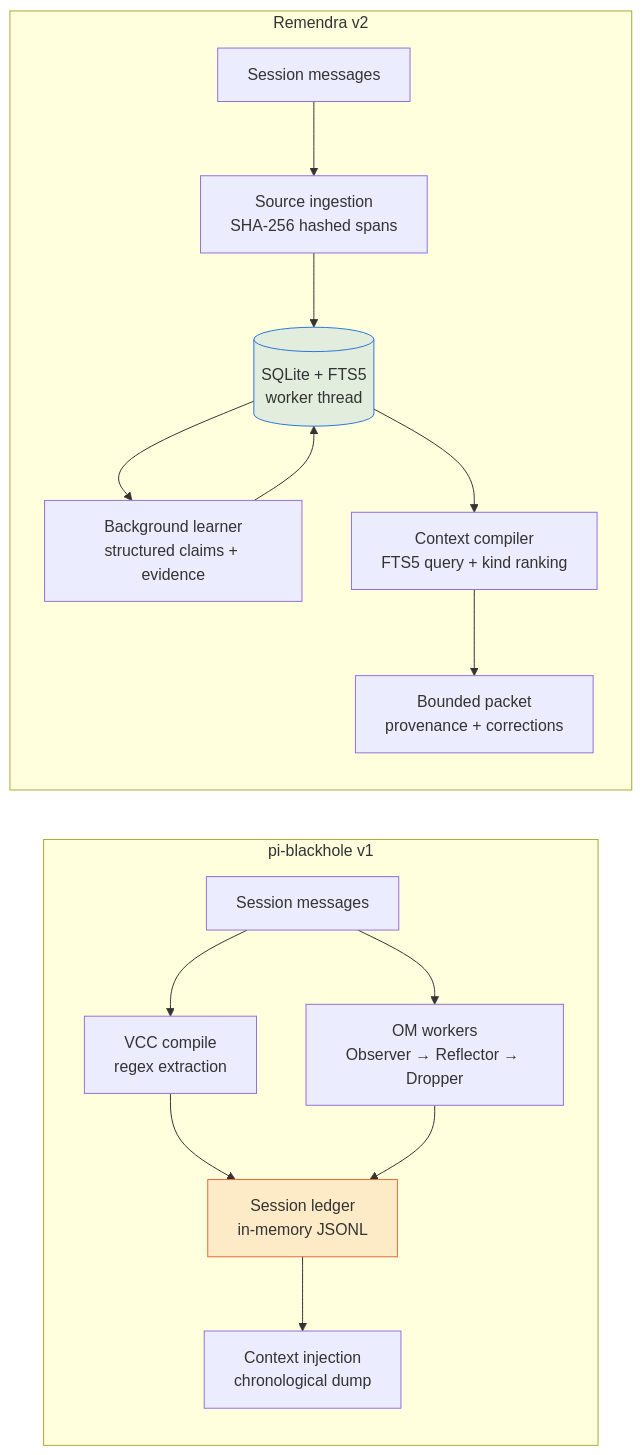
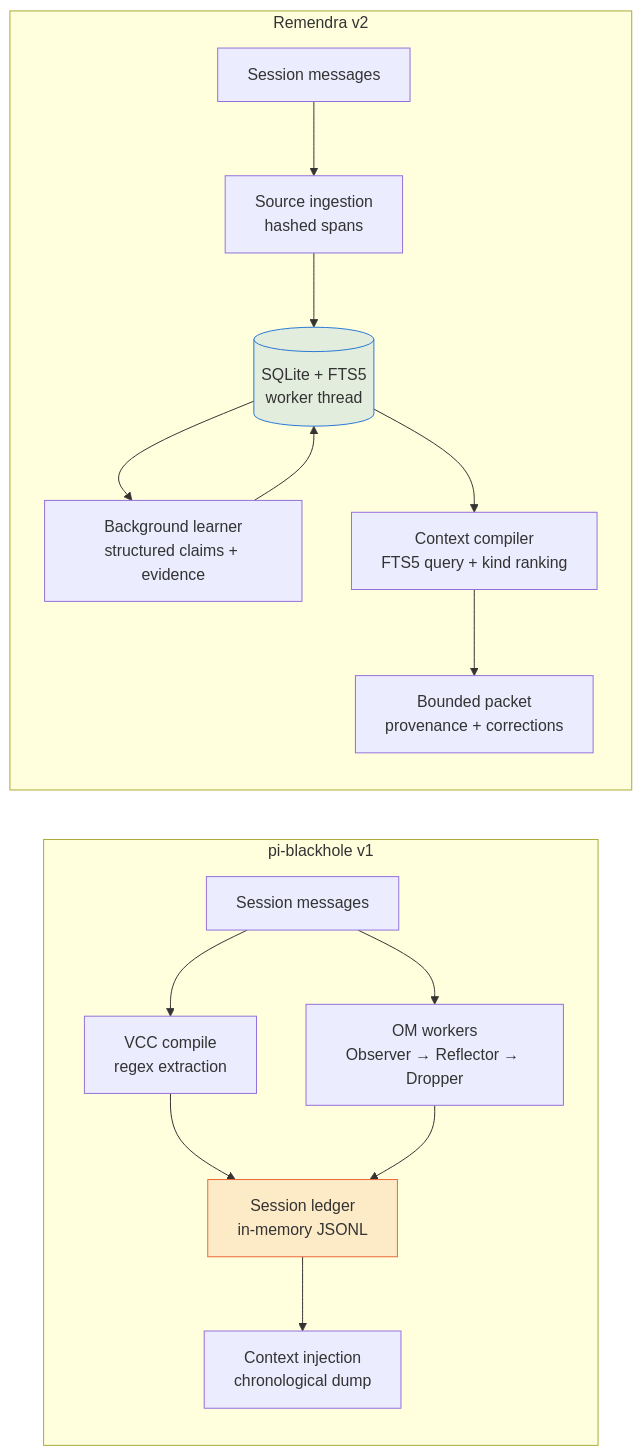
One commit to yoda-digital/pi-remendra changed the first of 2 diagrams in README.md. Above: the diagram before and after it, drawn with Mermaid. The commit also changed other lines of this file, not shown here.

````diff
--- a/README.md
+++ b/README.md
@@ -60,22 +31,22 @@
 ```mermaid
 graph LR
   subgraph "pi-blackhole v1"
     A[Session messages] --> B[VCC compile<br/>regex extraction]
     A --> C[OM workers<br/>Observer → Reflector → Dropper]
     B --> D[Session ledger<br/>in-memory JSONL]
     C --> D
     D --> E[Context injection<br/>chronological dump]
   end
 
   subgraph "Remendra v2"
-    F[Session messages] --> G[Source ingestion<br/>SHA-256 hashed spans]
+    F[Session messages] --> G[Source ingestion<br/>hashed spans]
     G --> H[(SQLite + FTS5<br/>worker thread)]
     H --> I[Background learner<br/>structured claims + evidence]
     I --> H
     H --> J[Context compiler<br/>FTS5 query + kind ranking]
     J --> K[Bounded packet<br/>provenance + corrections]
   end
 
   style D fill:#eb683422,stroke:#eb6834
   style H fill:#2a78d622,stroke:#2a78d6
 ```
````
